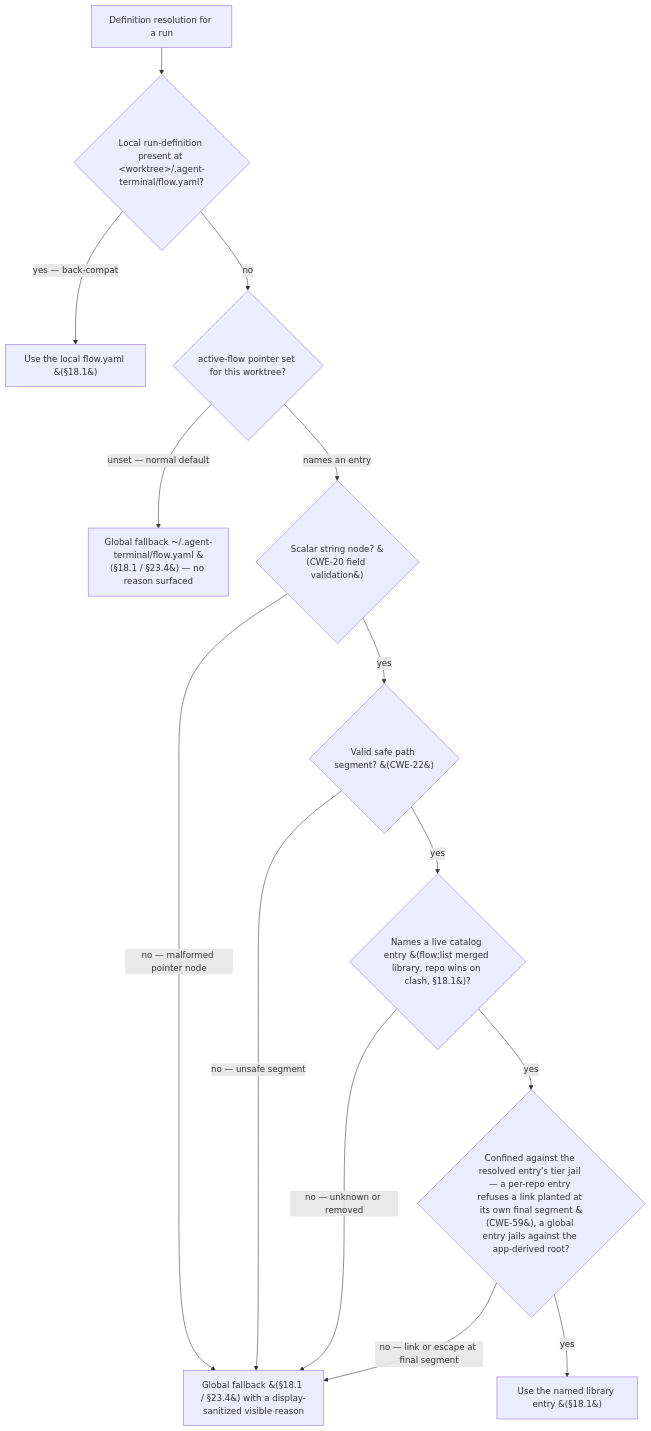
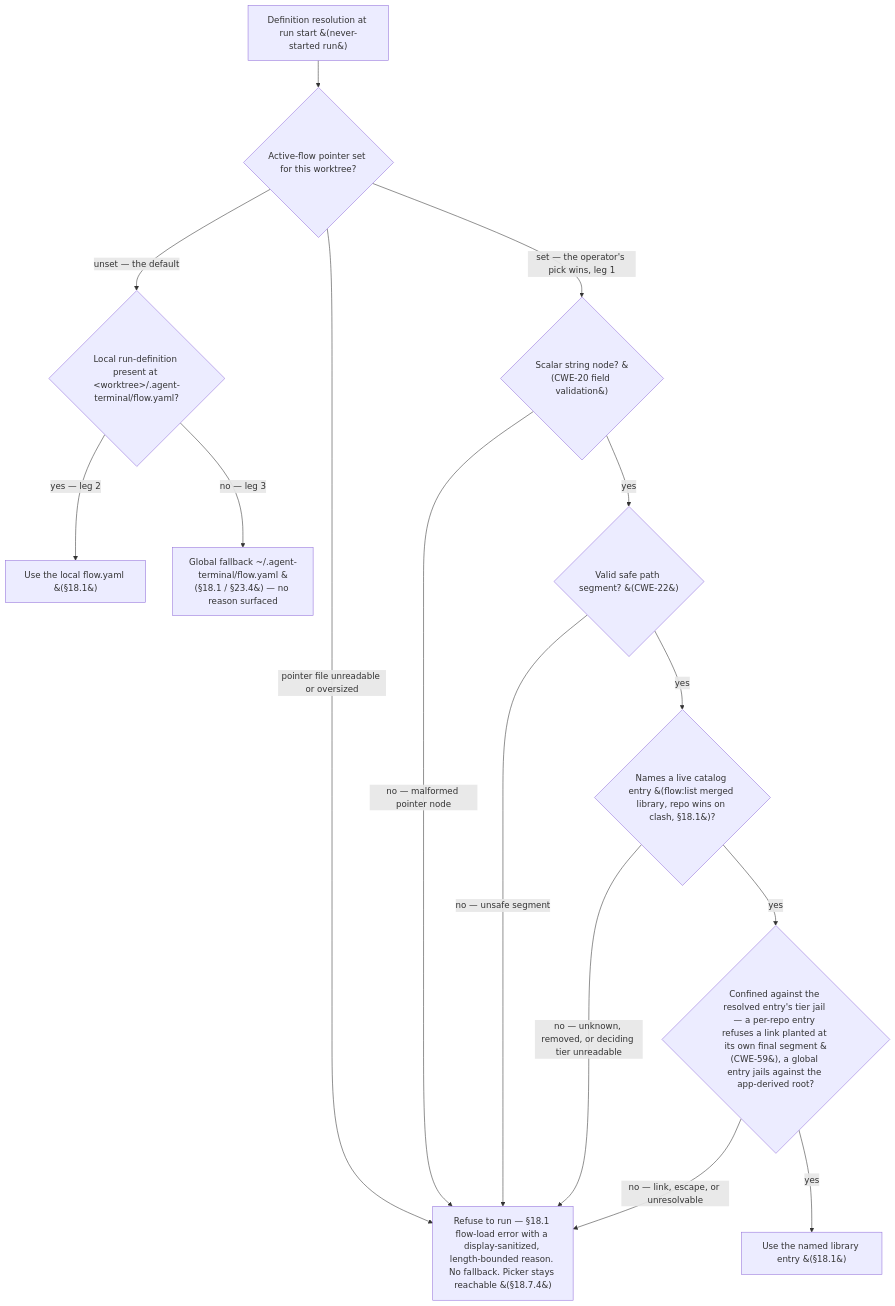
One commit to dylanb/agent-terminal changed the second of 2 diagrams in docs/spec/18-flow-definitions-flow-yaml.md. Above: the diagram before and after it, drawn with Mermaid. The commit also changed other lines of this file and 23 other files, not shown here.

First line of the commit message:
feat(#134): the operator's flow pick wins over a local flow.yaml (spec v2.152)

````diff
--- a/docs/spec/18-flow-definitions-flow-yaml.md
+++ b/docs/spec/18-flow-definitions-flow-yaml.md
@@ -143,16 +145,17 @@
 ```mermaid
 flowchart TD
-  ACCESS["Definition resolution for a run"] --> LOCAL{"Local run-definition present at &lt;worktree&gt;/.agent-terminal/flow.yaml?"}
-  LOCAL -->|"yes — back-compat"| USELOCAL["Use the local flow.yaml &#40;§18.1&#41;"]
-  LOCAL -->|"no"| POINTER{"active-flow pointer set for this worktree?"}
-  POINTER -->|"unset — normal default"| FALLBACK["Global fallback ~/.agent-terminal/flow.yaml &#40;§18.1 / §23.4&#41; — no reason surfaced"]
-  POINTER -->|"names an entry"| SCALAR{"Scalar string node? &#40;CWE-20 field validation&#41;"}
-  SCALAR -->|"no — malformed pointer node"| DEGRADE["Global fallback &#40;§18.1 / §23.4&#41; with a display-sanitized visible reason"]
+  ACCESS["Definition resolution at run start &#40;never-started run&#41;"] --> POINTER{"Active-flow pointer set for this worktree?"}
+  POINTER -->|"unset — the default"| LOCAL{"Local run-definition present at &lt;worktree&gt;/.agent-terminal/flow.yaml?"}
+  LOCAL -->|"yes — leg 2"| USELOCAL["Use the local flow.yaml &#40;§18.1&#41;"]
+  LOCAL -->|"no — leg 3"| FALLBACK["Global fallback ~/.agent-terminal/flow.yaml &#40;§18.1 / §23.4&#41; — no reason surfaced"]
+  POINTER -->|"pointer file unreadable or oversized"| REFUSE["Refuse to run — §18.1 flow-load error with a display-sanitized, length-bounded reason. No fallback. Picker stays reachable &#40;§18.7.4&#41;"]
+  POINTER -->|"set — the operator's pick wins, leg 1"| SCALAR{"Scalar string node? &#40;CWE-20 field validation&#41;"}
+  SCALAR -->|"no — malformed pointer node"| REFUSE
   SCALAR -->|"yes"| SEGMENT{"Valid safe path segment? &#40;CWE-22&#41;"}
-  SEGMENT -->|"no — unsafe segment"| DEGRADE
+  SEGMENT -->|"no — unsafe segment"| REFUSE
   SEGMENT -->|"yes"| MEMBER{"Names a live catalog entry &#40;flow:list merged library, repo wins on clash, §18.1&#41;?"}
-  MEMBER -->|"no — unknown or removed"| DEGRADE
+  MEMBER -->|"no — unknown, removed, or deciding tier unreadable"| REFUSE
   MEMBER -->|"yes"| CONFINE{"Confined against the resolved entry's tier jail — a per-repo entry refuses a link planted at its own final segment &#40;CWE-59&#41;, a global entry jails against the app-derived root?"}
-  CONFINE -->|"no — link or escape at final segment"| DEGRADE
+  CONFINE -->|"no — link, escape, or unresolvable"| REFUSE
   CONFINE -->|"yes"| USECATALOG["Use the named library entry &#40;§18.1&#41;"]
 ```
````
